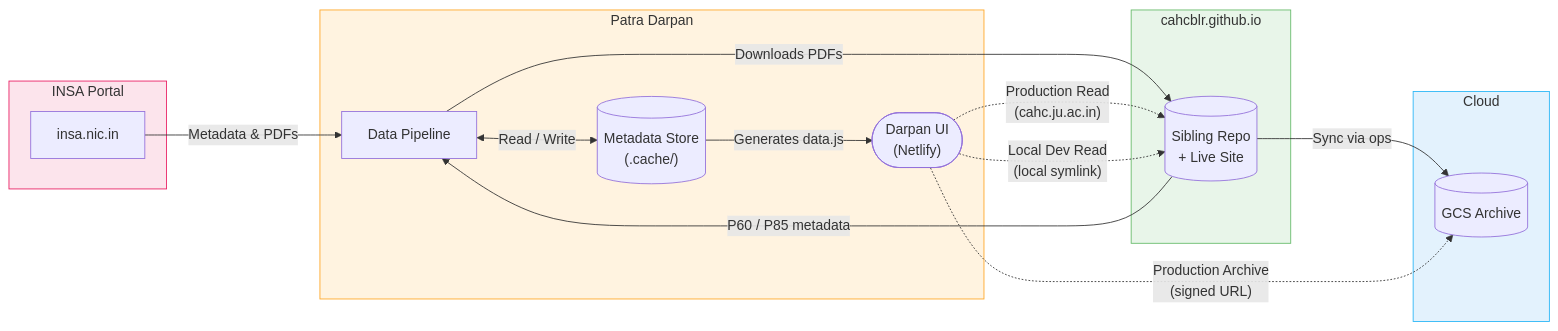
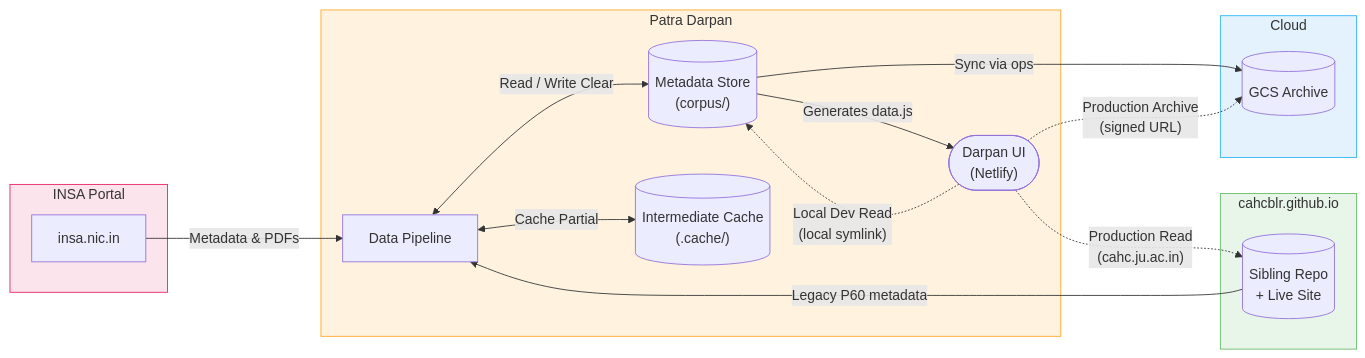
The first of 3 diagrams in README.md (suchakr/patra-darpan), drawn with Mermaid before and after one commit. The commit also changed other lines of this file and 1 other file, not shown here.

First line of the commit message:
docs: update architecture documentation and build latest data

````diff
--- a/README.md
+++ b/README.md
@@ -42,36 +53,37 @@
 ```mermaid
 graph LR
     subgraph INSA_Ext ["INSA Portal"]
         INSA["insa.nic.in"]
     end
 
     subgraph Sibling_Ext ["cahcblr.github.io"]
         Sibling[("Sibling Repo<br>+ Live Site")]
     end
 
     subgraph PatraDarpan ["Patra Darpan"]
         Pipeline["Data Pipeline"]
-        Meta[("Metadata Store<br>(.cache/)")]
+        Meta[("Metadata Store<br>(corpus/)")]
+        Cache[("Intermediate Cache<br>(.cache/)")]
         DarpanUI(["Darpan UI<br>(Netlify)"])
     end
 
     subgraph Cloud_Arch ["Cloud"]
         GCS[("GCS Archive")]
     end
 
     INSA         -->|"Metadata & PDFs"| Pipeline
-    Sibling      -->|"P60 / P85 metadata"| Pipeline
-    Pipeline     -->|"Downloads PDFs"| Sibling
-    Pipeline    <-->|"Read / Write"| Meta
+    Sibling      -->|"Legacy P60 metadata"| Pipeline
+    Pipeline    <-->|"Read / Write Clear"| Meta
+    Pipeline    <-->|"Cache Partial"| Cache
     Meta         -->|"Generates data.js"| DarpanUI
-    Sibling      -->|"Sync via ops"| GCS
+    Meta         -->|"Sync via ops"| GCS
 
     DarpanUI -.->|"Production Read<br>(cahc.ju.ac.in)"| Sibling
     DarpanUI -.->|"Production Archive<br>(signed URL)"| GCS
-    DarpanUI -.->|"Local Dev Read<br>(local symlink)"| Sibling
+    DarpanUI -.->|"Local Dev Read<br>(local symlink)"| Meta
 
     style INSA_Ext    fill:#fce4ec,stroke:#e91e63
     style Sibling_Ext fill:#e8f5e9,stroke:#66bb6a
     style PatraDarpan fill:#fff3e0,stroke:#ffa726
     style Cloud_Arch  fill:#e3f2fd,stroke:#29b6f6
 ```
````
